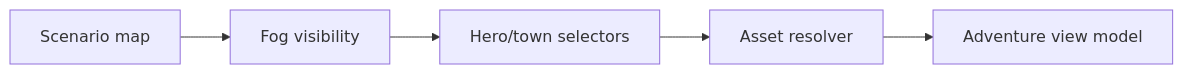
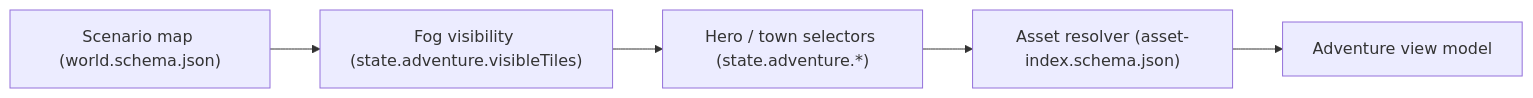
Before and after one commit to SunaNoOshiro/Heroes_Reforged_AI_Realms: the second of 5 diagrams in docs/architecture/wiki/screens/07-adventure-map/architecture.md, drawn with Mermaid. The commit also changed other lines of this file and 518 other files, not shown here.

First line of the commit message:
Add doc-audit skill and sweep architecture/screen docs

````diff
--- a/docs/architecture/wiki/screens/07-adventure-map/architecture.md
+++ b/docs/architecture/wiki/screens/07-adventure-map/architecture.md
@@ -40,8 +43,7 @@
 ```mermaid
 flowchart LR
-  L0["Scenario map"] --> L1
-  L1["Fog visibility"] --> L2
-  L2["Hero/town selectors"] --> L3
-  L3["Asset resolver"] --> L4
-  L4["Adventure view model"]
+  L0["Scenario map (world.schema.json)"] --> L1["Fog visibility (state.adventure.visibleTiles)"]
+  L1 --> L2["Hero / town selectors (state.adventure.*)"]
+  L2 --> L3["Asset resolver (asset-index.schema.json)"]
+  L3 --> L4["Adventure view model"]
 ```
````
